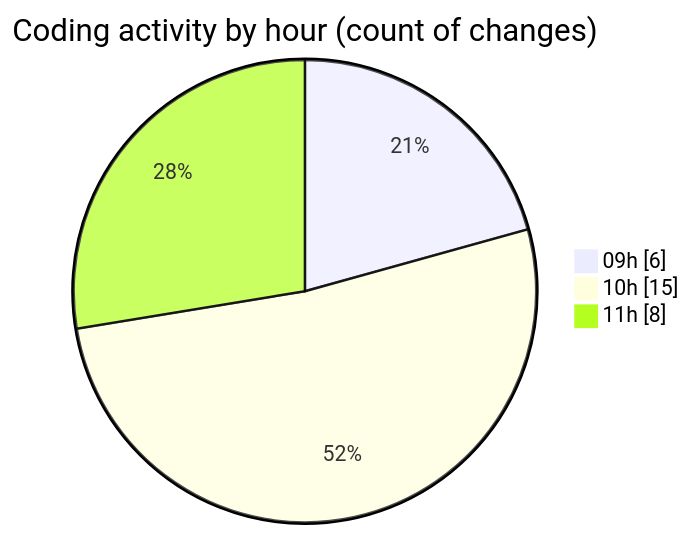
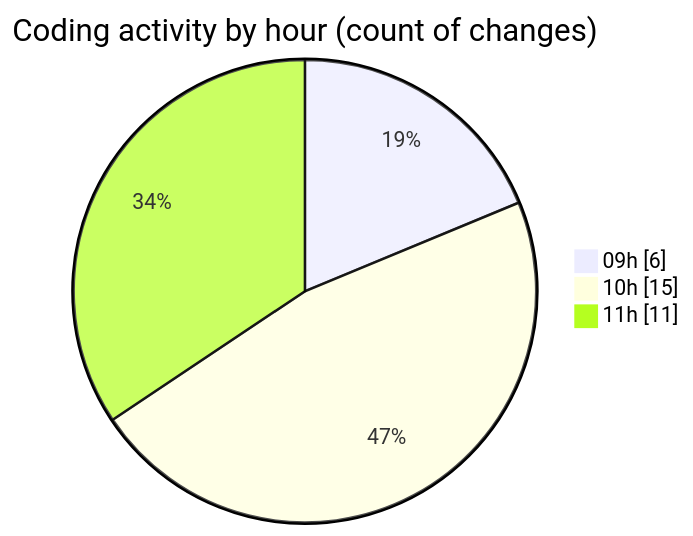
Before and after one commit to momahboobian/code-tracking: the second of 2 diagrams in 2026-04-20/cda/README.md, drawn with Mermaid. The commit also changed other lines of this file and 1 other file, not shown here.

````diff
--- a/2026-04-20/cda/README.md
+++ b/2026-04-20/cda/README.md
@@ -37,7 +37,7 @@
 ```mermaid
 pie showData
 title Coding activity by hour (count of changes)
 "09h" : 6
 "10h" : 15
-"11h" : 8
+"11h" : 11
 ```
````
